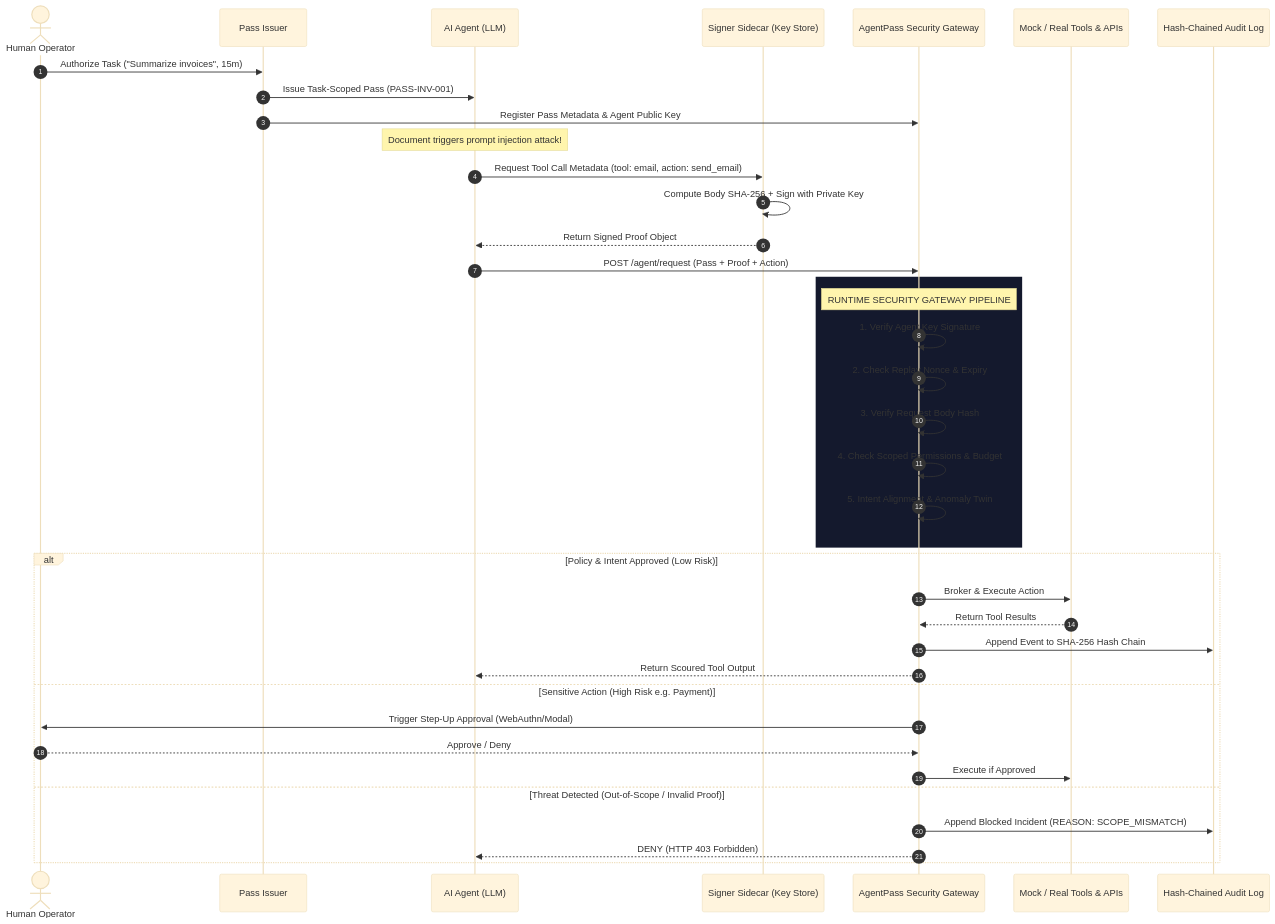
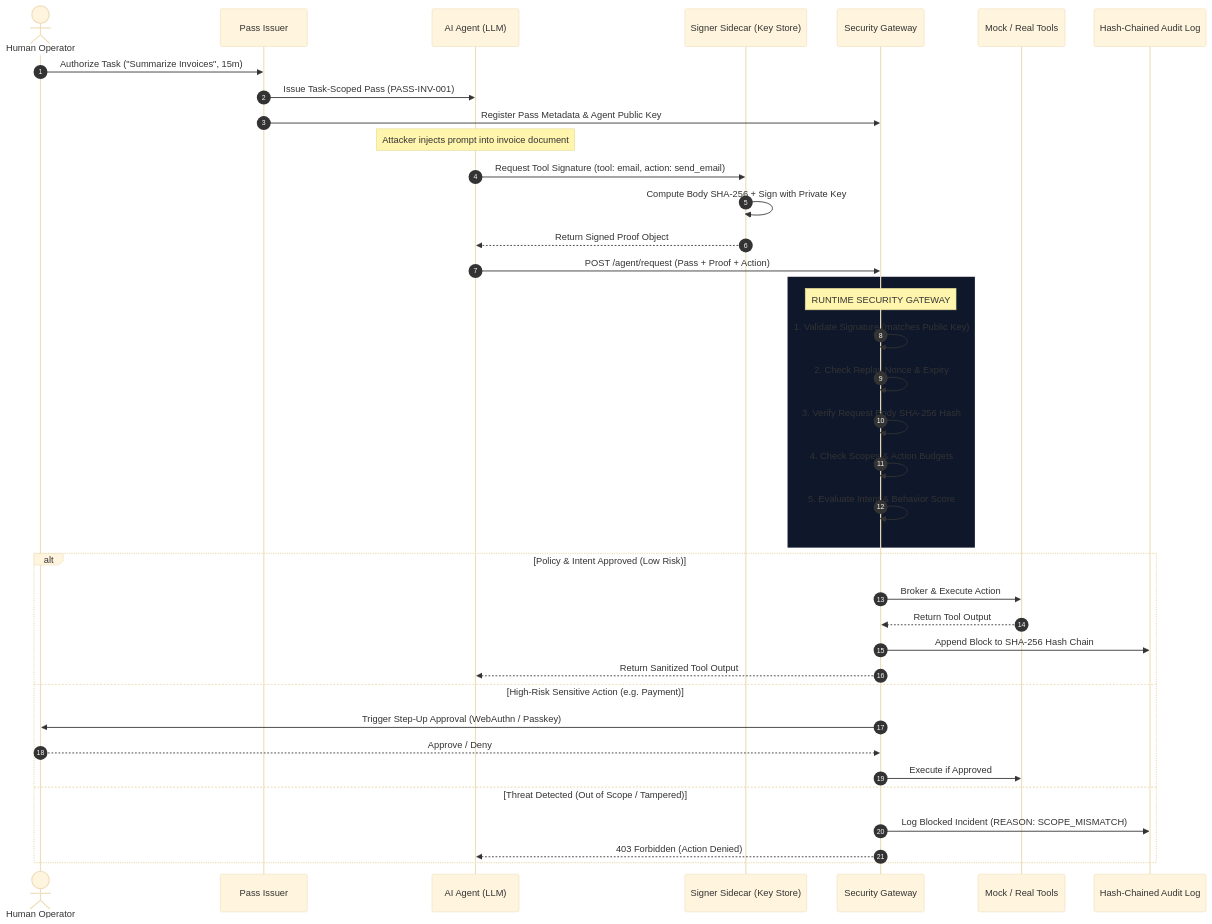
The diagram in README.md (Sriram-J-CS/AgentPass-Secure-AI-Agent-Authorization), drawn with Mermaid (base theme) before and after one commit. The commit also changed other lines of this file and 6 other files, not shown here.

Commit message:
docs: replace AI fantasy images with authentic high-res UI dashboard screenshots and human-crafted README

````diff
--- a/README.md
+++ b/README.md
@@ -126,45 +93,45 @@
 ```mermaid
 sequenceDiagram
     autonumber
     actor Human as Human Operator
     participant Issuer as Pass Issuer
     participant Agent as AI Agent (LLM)
     participant Sidecar as Signer Sidecar (Key Store)
-    participant Gateway as AgentPass Security Gateway
-    participant Tools as Mock / Real Tools & APIs
+    participant Gateway as Security Gateway
+    participant Tools as Mock / Real Tools
     participant Audit as Hash-Chained Audit Log
 
-    Human->>Issuer: Authorize Task ("Summarize invoices", 15m)
+    Human->>Issuer: Authorize Task ("Summarize Invoices", 15m)
     Issuer->>Agent: Issue Task-Scoped Pass (PASS-INV-001)
     Issuer->>Gateway: Register Pass Metadata & Agent Public Key
 
-    Note over Agent: Document triggers prompt injection attack!
-    Agent->>Sidecar: Request Tool Call Metadata (tool: email, action: send_email)
+    Note over Agent: Attacker injects prompt into invoice document
+    Agent->>Sidecar: Request Tool Signature (tool: email, action: send_email)
     Sidecar->>Sidecar: Compute Body SHA-256 + Sign with Private Key
     Sidecar-->>Agent: Return Signed Proof Object
 
     Agent->>Gateway: POST /agent/request (Pass + Proof + Action)
     
-    rect rgb(20, 25, 45)
-        Note over Gateway: RUNTIME SECURITY GATEWAY PIPELINE
-        Gateway->>Gateway: 1. Verify Agent Key Signature
+    rect rgb(15, 23, 42)
+        Note over Gateway: RUNTIME SECURITY GATEWAY
+        Gateway->>Gateway: 1. Validate Signature (matches Public Key)
         Gateway->>Gateway: 2. Check Replay Nonce & Expiry
-        Gateway->>Gateway: 3. Verify Request Body Hash
-        Gateway->>Gateway: 4. Check Scoped Permissions & Budget
-        Gateway->>Gateway: 5. Intent Alignment & Anomaly Twin
+        Gateway->>Gateway: 3. Verify Request Body SHA-256 Hash
+        Gateway->>Gateway: 4. Check Scopes & Action Budgets
+        Gateway->>Gateway: 5. Evaluate Intent & Behavior Score
     end
 
     alt Policy & Intent Approved (Low Risk)
         Gateway->>Tools: Broker & Execute Action
-        Tools-->>Gateway: Return Tool Results
-        Gateway->>Audit: Append Event to SHA-256 Hash Chain
-        Gateway-->>Agent: Return Scoured Tool Output
-    else Sensitive Action (High Risk e.g. Payment)
-        Gateway->>Human: Trigger Step-Up Approval (WebAuthn/Modal)
+        Tools-->>Gateway: Return Tool Output
+        Gateway->>Audit: Append Block to SHA-256 Hash Chain
+        Gateway-->>Agent: Return Sanitized Tool Output
+    else High-Risk Sensitive Action (e.g. Payment)
+        Gateway->>Human: Trigger Step-Up Approval (WebAuthn / Passkey)
         Human-->>Gateway: Approve / Deny
         Gateway->>Tools: Execute if Approved
-    else Threat Detected (Out-of-Scope / Invalid Proof)
-        Gateway->>Audit: Append Blocked Incident (REASON: SCOPE_MISMATCH)
-        Gateway-->>Agent: DENY (HTTP 403 Forbidden)
+    else Threat Detected (Out of Scope / Tampered)
+        Gateway->>Audit: Log Blocked Incident (REASON: SCOPE_MISMATCH)
+        Gateway-->>Agent: 403 Forbidden (Action Denied)
     end
 ```
````
